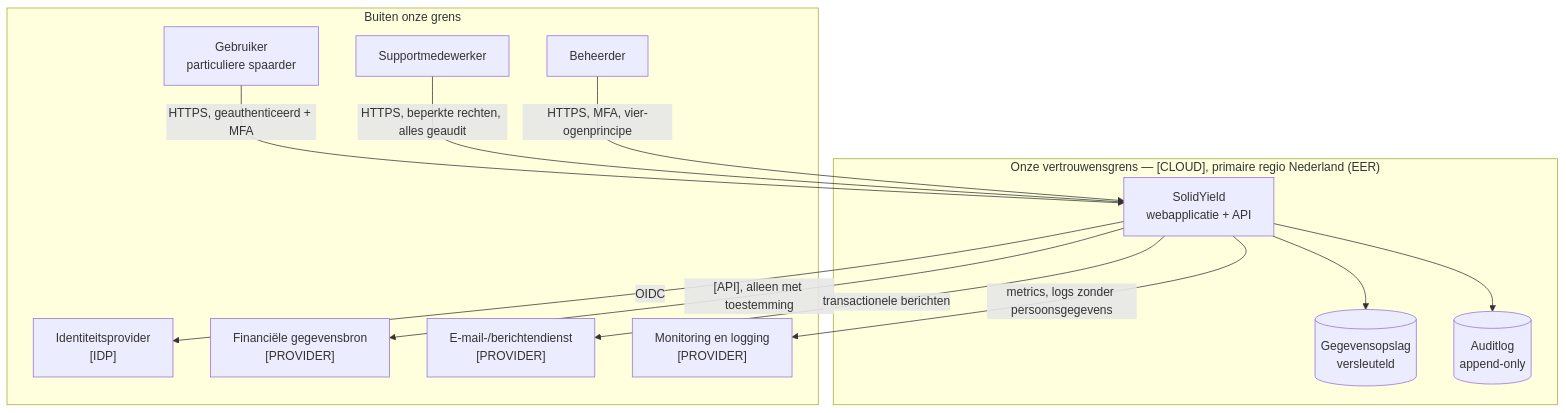
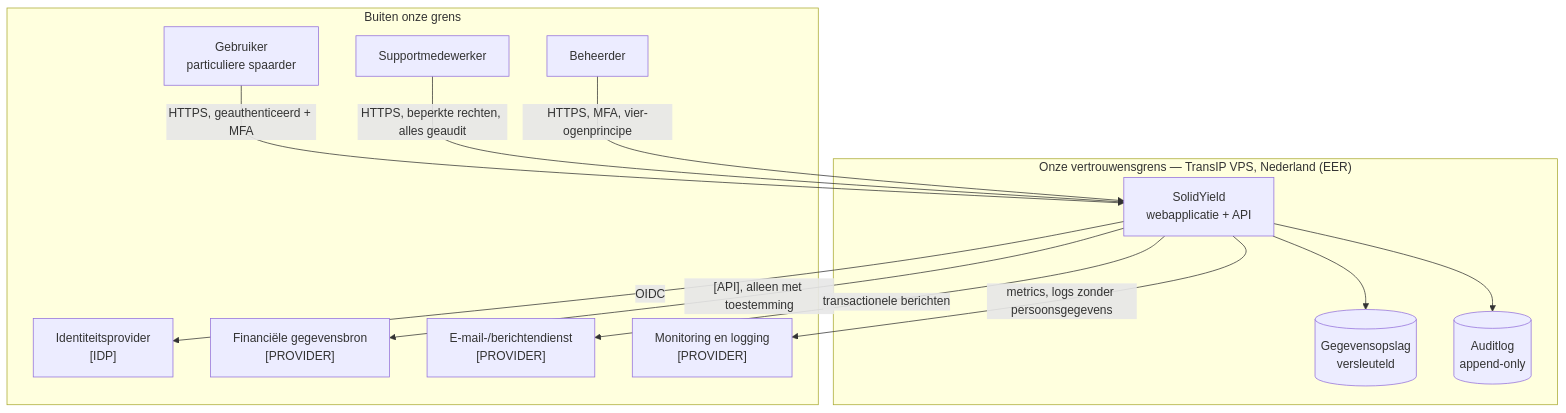
Before and after one commit to WildcatKSS/SolidYield: the diagram in docs/architecture/system-context.md, drawn with Mermaid. The commit also changed other lines of this file and 19 other files, not shown here.

````diff
--- a/docs/architecture/system-context.md
+++ b/docs/architecture/system-context.md
@@ -11,28 +11,28 @@
 ```mermaid
 graph TB
     subgraph external["Buiten onze grens"]
         U["Gebruiker<br/>particuliere spaarder"]
         S["Supportmedewerker"]
         A["Beheerder"]
         IDP["Identiteitsprovider<br/>[IDP]"]
         FIN["Financiële gegevensbron<br/>[PROVIDER]"]
         MAIL["E-mail-/berichtendienst<br/>[PROVIDER]"]
         OBS["Monitoring en logging<br/>[PROVIDER]"]
     end
 
-    subgraph trust["Onze vertrouwensgrens — [CLOUD], primaire regio Nederland (EER)"]
+    subgraph trust["Onze vertrouwensgrens — TransIP VPS, Nederland (EER)"]
         APP["SolidYield<br/>webapplicatie + API"]
         DB[("Gegevensopslag<br/>versleuteld")]
         AUDIT[("Auditlog<br/>append-only")]
     end
 
     U -->|"HTTPS, geauthenticeerd + MFA"| APP
     S -->|"HTTPS, beperkte rechten, alles geaudit"| APP
     A -->|"HTTPS, MFA, vier-ogenprincipe"| APP
     APP -->|"OIDC"| IDP
     APP -->|"[API], alleen met toestemming"| FIN
     APP -->|"transactionele berichten"| MAIL
     APP --> DB
     APP --> AUDIT
     APP -->|"metrics, logs zonder persoonsgegevens"| OBS
 ```
````
